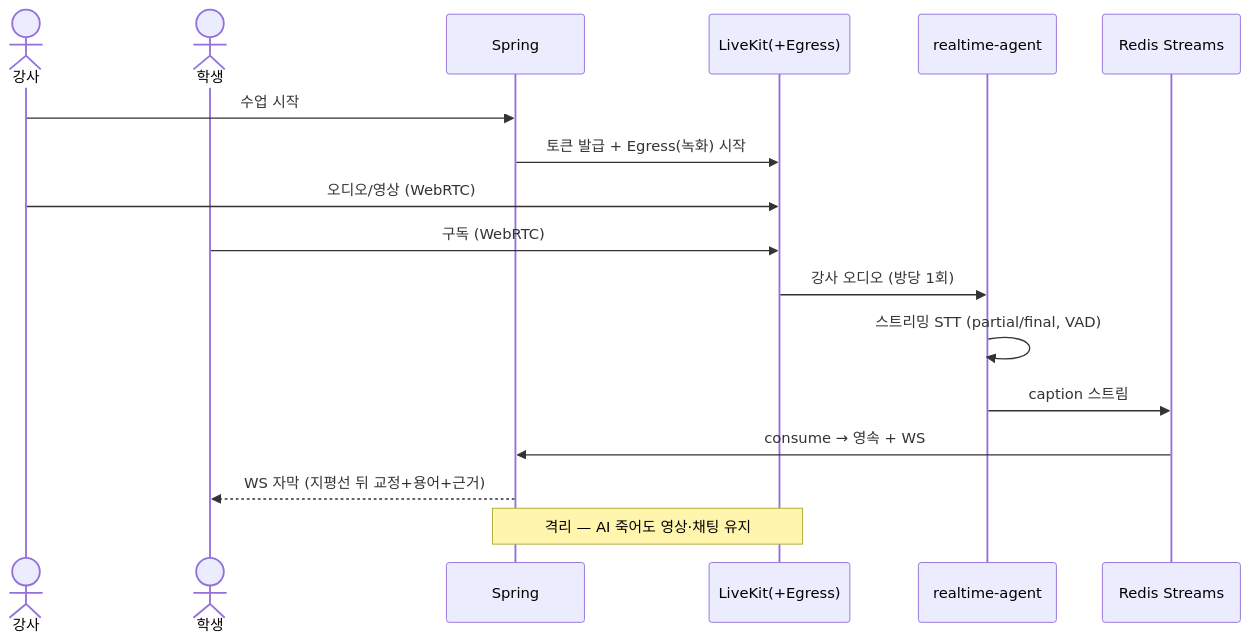
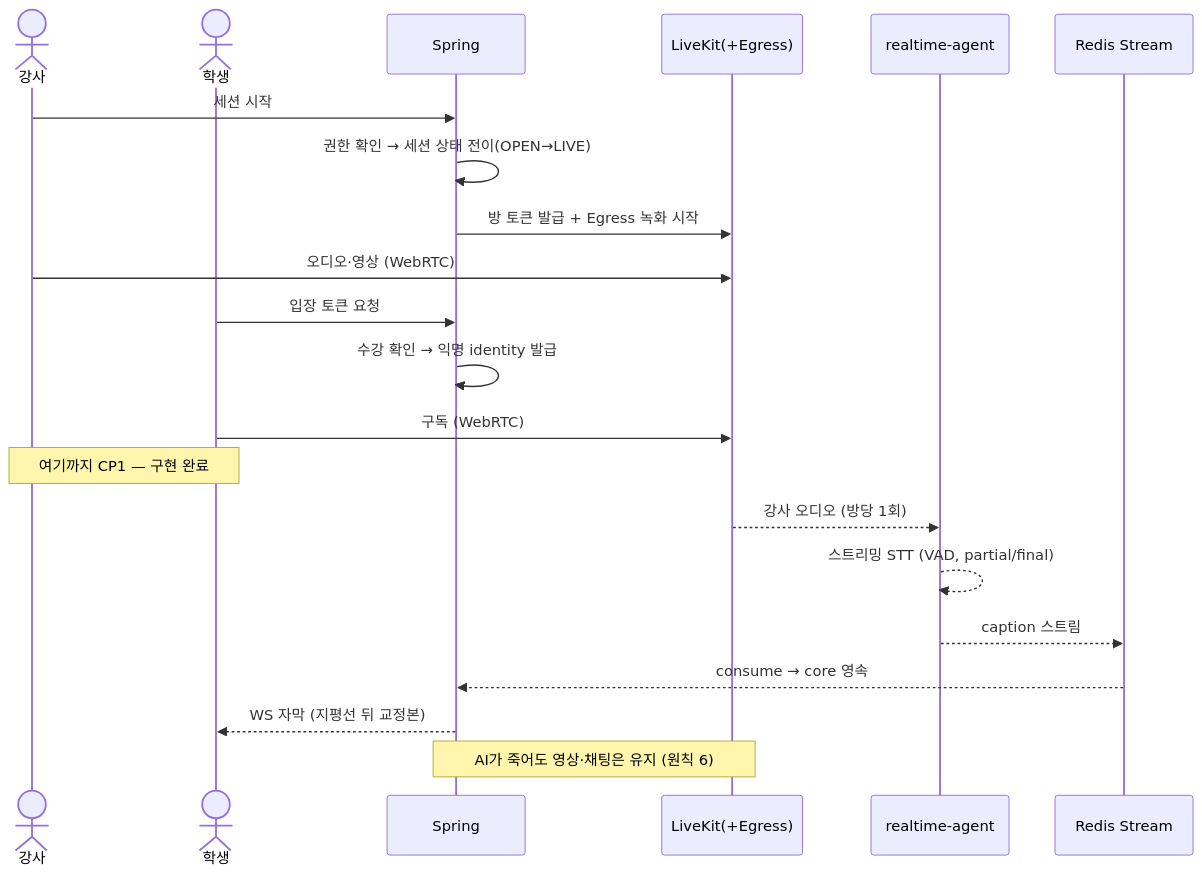
The third of 7 diagrams in docs/ARCHITECTURE.md (thdwjdrl401/jiphyeonjeon), drawn with Mermaid before and after one commit. The commit also changed other lines of this file, not shown here.

````diff
--- a/docs/ARCHITECTURE.md
+++ b/docs/ARCHITECTURE.md
@@ -83,19 +182,23 @@
 ```mermaid
 sequenceDiagram
   actor T as 강사
   actor S as 학생
   participant SP as Spring
   participant LK as LiveKit(+Egress)
   participant AG as realtime-agent
-  participant RD as Redis Streams
-  T->>SP: 수업 시작
-  SP->>LK: 토큰 발급 + Egress(녹화) 시작
-  T->>LK: 오디오/영상 (WebRTC)
+  participant RD as Redis Stream
+  T->>SP: 세션 시작
+  SP->>SP: 권한 확인 → 세션 상태 전이(OPEN→LIVE)
+  SP->>LK: 방 토큰 발급 + Egress 녹화 시작
+  T->>LK: 오디오·영상 (WebRTC)
+  S->>SP: 입장 토큰 요청
+  SP->>SP: 수강 확인 → 익명 identity 발급
   S->>LK: 구독 (WebRTC)
-  LK->>AG: 강사 오디오 (방당 1회)
-  AG->>AG: 스트리밍 STT (partial/final, VAD)
-  AG->>RD: caption 스트림
-  RD->>SP: consume → 영속 + WS
-  SP-->>S: WS 자막 (지평선 뒤 교정+용어+근거)
-  Note over LK,SP: 격리 — AI 죽어도 영상·채팅 유지
+  Note over T,S: 여기까지 CP1 — 구현 완료
+  LK-->>AG: 강사 오디오 (방당 1회)
+  AG-->>AG: 스트리밍 STT (VAD, partial/final)
+  AG-->>RD: caption 스트림
+  RD-->>SP: consume → core 영속
+  SP-->>S: WS 자막 (지평선 뒤 교정본)
+  Note over LK,SP: AI가 죽어도 영상·채팅은 유지 (원칙 6)
 ```
````
